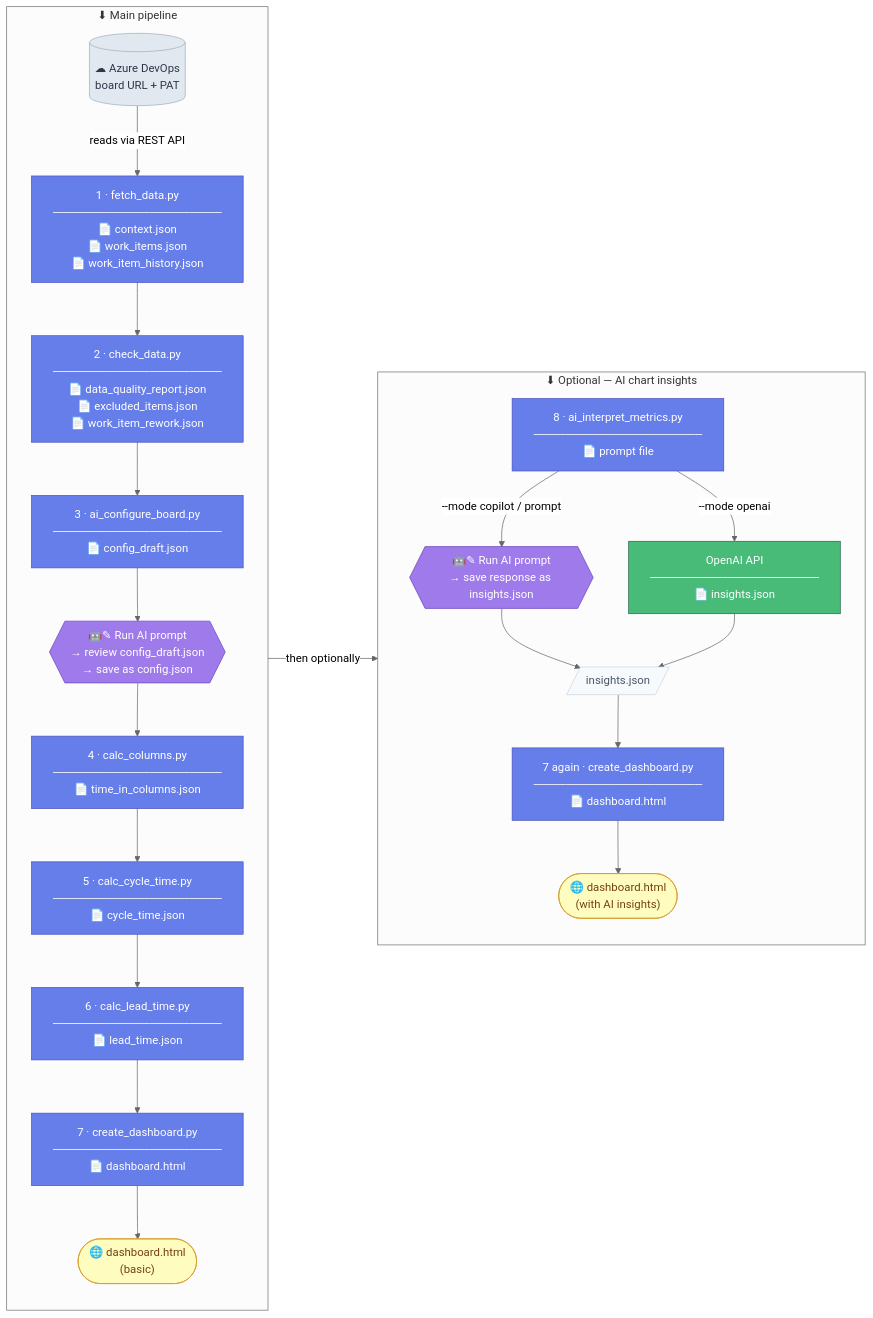
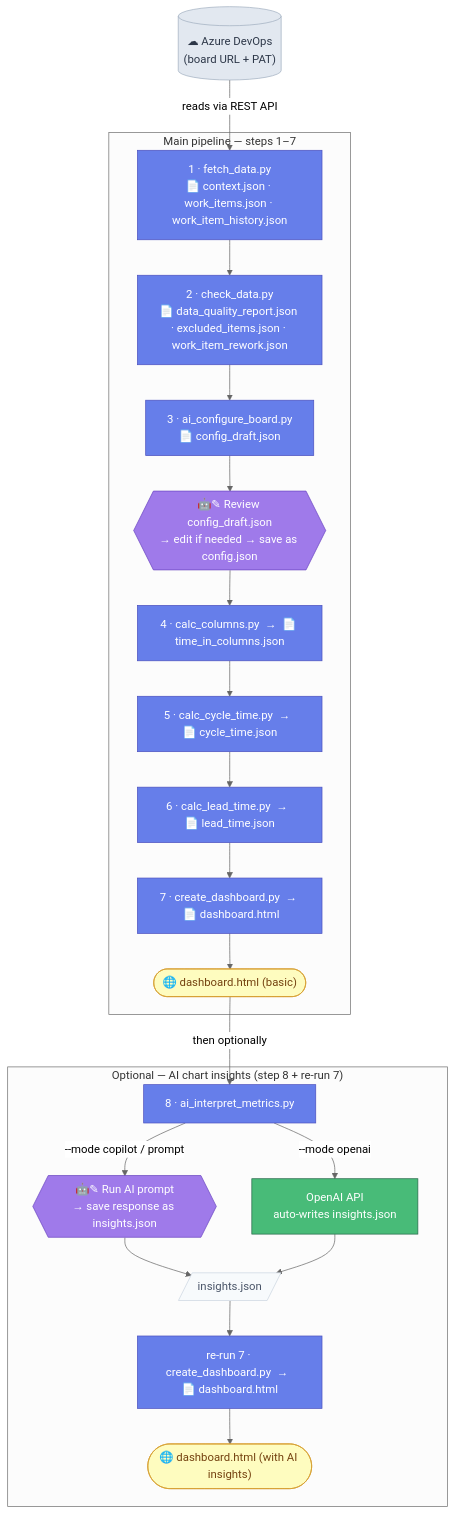
Before and after one commit to asos-davidmichel/ai-flow-metrics: the diagram in README.md, drawn with Mermaid (neutral theme).

Commit message:
docs: switch pipeline diagram to flowchart TD for reliable GitHub rendering

````diff
--- a/README.md
+++ b/README.md
@@ -51,44 +51,41 @@
 ```mermaid
-flowchart LR
+flowchart TD
+  ADO[("☁ Azure DevOps\n(board URL + PAT)")]:::external
 
-  subgraph main["⬇ Main pipeline"]
-    direction TB
-    ADO[("☁ Azure DevOps\nboard URL + PAT")]:::external
-    fetch["1 · fetch_data.py\n─────────────────────\n📄 context.json\n📄 work_items.json\n📄 work_item_history.json"]:::script
-    check["2 · check_data.py\n─────────────────────\n📄 data_quality_report.json\n📄 excluded_items.json\n📄 work_item_rework.json"]:::script
-    aiconf["3 · ai_configure_board.py\n─────────────────────\n📄 config_draft.json"]:::script
-    aiconfprompt{{"🤖✎ Run AI prompt\n→ review config_draft.json\n→ save as config.json"}}:::humanai
-    calccol["4 · calc_columns.py\n─────────────────────\n📄 time_in_columns.json"]:::script
-    calcct["5 · calc_cycle_time.py\n─────────────────────\n📄 cycle_time.json"]:::script
-    calclt["6 · calc_lead_time.py\n─────────────────────\n📄 lead_time.json"]:::script
-    dash["7 · create_dashboard.py\n─────────────────────\n📄 dashboard.html"]:::script
-    out(["🌐 dashboard.html\n(basic)"]):::output
+  subgraph main["Main pipeline — steps 1–7"]
+    fetch["1 · fetch_data.py\n📄 context.json · work_items.json · work_item_history.json"]:::script
+    check["2 · check_data.py\n📄 data_quality_report.json · excluded_items.json · work_item_rework.json"]:::script
+    aiconf["3 · ai_configure_board.py\n📄 config_draft.json"]:::script
+    aiconfprompt{{"🤖✎ Review config_draft.json\n→ edit if needed → save as config.json"}}:::humanai
+    calccol["4 · calc_columns.py  →  📄 time_in_columns.json"]:::script
+    calcct["5 · calc_cycle_time.py  →  📄 cycle_time.json"]:::script
+    calclt["6 · calc_lead_time.py  →  📄 lead_time.json"]:::script
+    dash["7 · create_dashboard.py  →  📄 dashboard.html"]:::script
+    out(["🌐 dashboard.html (basic)"]):::output
 
-    ADO -->|"reads via REST API"| fetch
-    fetch --> check --> aiconf --> aiconfprompt
-    aiconfprompt --> calccol --> calcct --> calclt --> dash --> out
+    fetch --> check --> aiconf --> aiconfprompt --> calccol --> calcct --> calclt --> dash --> out
   end
 
-  subgraph opt["⬇ Optional — AI chart insights"]
-    direction TB
-    aimetrics["8 · ai_interpret_metrics.py\n─────────────────────\n📄 prompt file"]:::script
+  subgraph opt["Optional — AI chart insights (step 8 + re-run 7)"]
+    aimetrics["8 · ai_interpret_metrics.py"]:::script
     savemetrics{{"🤖✎ Run AI prompt\n→ save response as insights.json"}}:::humanai
-    autoinsights["OpenAI API\n─────────────────────\n📄 insights.json"]:::autoai
+    autoinsights["OpenAI API\nauto-writes insights.json"]:::autoai
     insights[/"insights.json"/]:::file
-    redash["7 again · create_dashboard.py\n─────────────────────\n📄 dashboard.html"]:::script
-    out2(["🌐 dashboard.html\n(with AI insights)"]):::output
+    redash["re-run 7 · create_dashboard.py  →  📄 dashboard.html"]:::script
+    out2(["🌐 dashboard.html (with AI insights)"]):::output
 
     aimetrics -->|"--mode copilot / prompt"| savemetrics --> insights
     aimetrics -->|"--mode openai"| autoinsights --> insights
     insights --> redash --> out2
   end
 
+  ADO -->|"reads via REST API"| fetch
   out -->|"then optionally"| aimetrics
 
   classDef script  fill:#667eea,color:#fff,stroke:#4c51bf
   classDef humanai fill:#9f7aea,color:#fff,stroke:#6b46c1
   classDef autoai  fill:#48bb78,color:#fff,stroke:#276749
   classDef external fill:#e2e8f0,color:#2d3748,stroke:#a0aec0
   classDef file    fill:#f7fafc,color:#4a5568,stroke:#cbd5e0
   classDef output  fill:#fefcbf,color:#744210,stroke:#d69e2e
 ```
````
